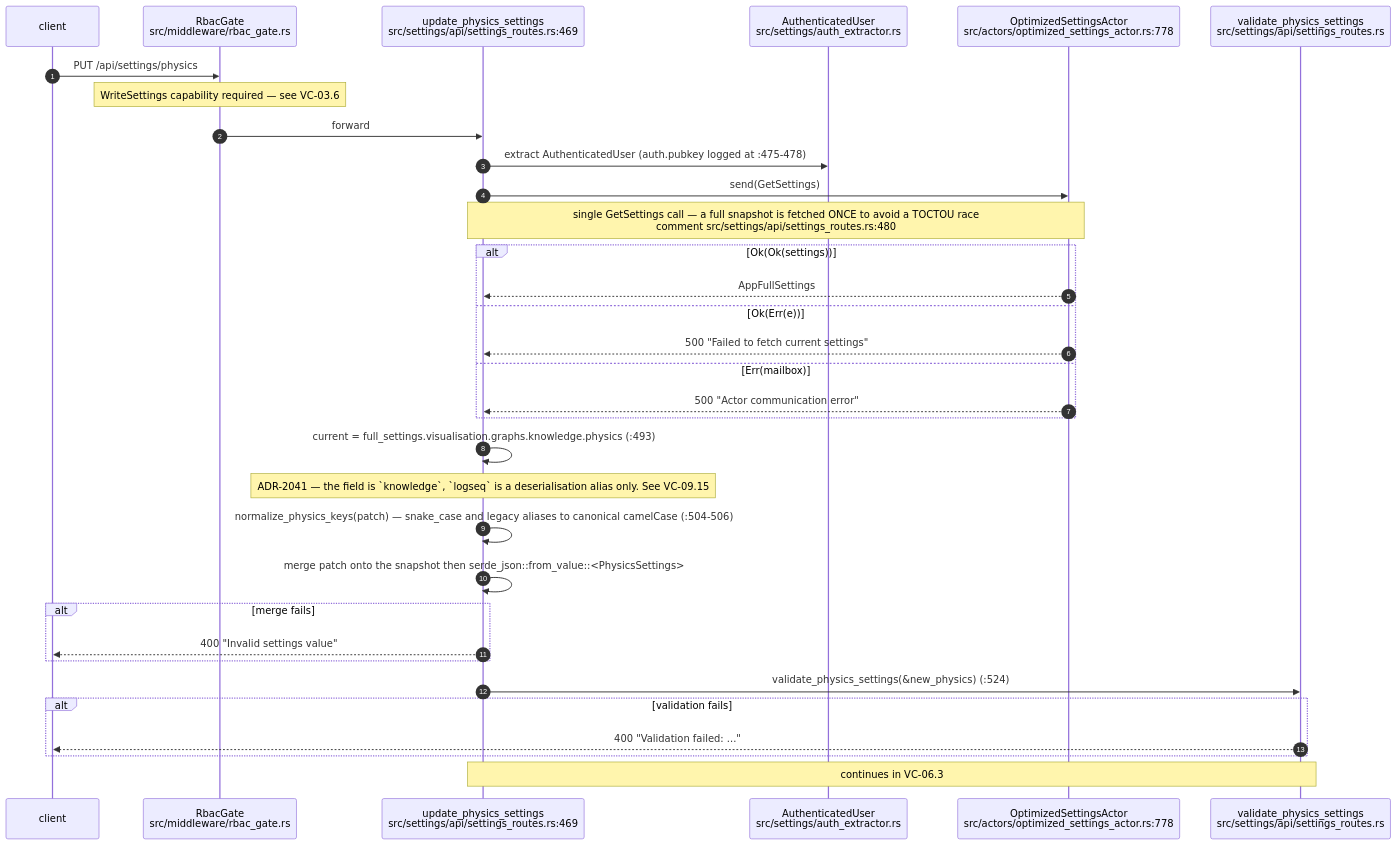
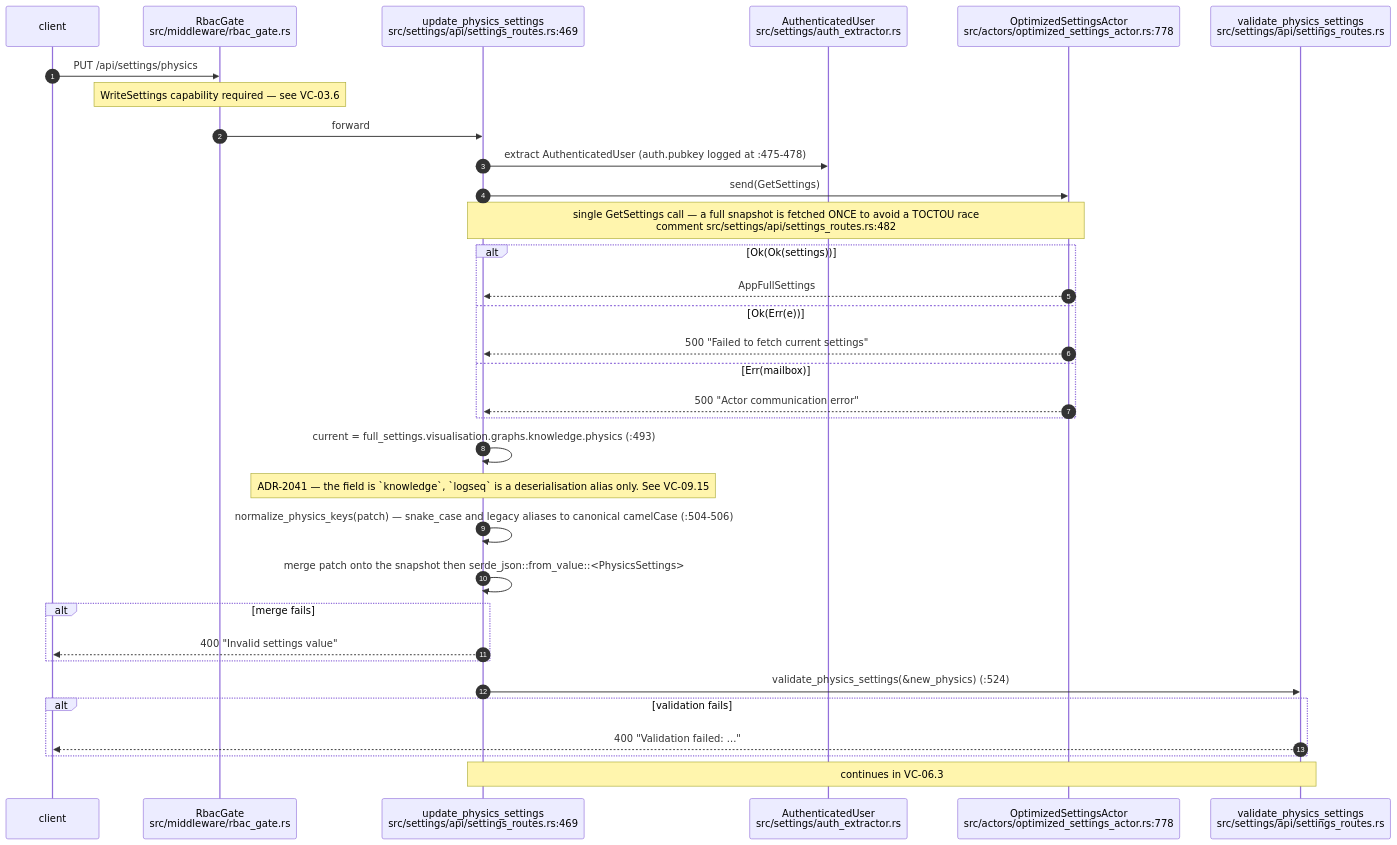
One commit to DreamLab-AI/AR-AI-Knowledge-Graph changed the second of 10 diagrams in docs/diagrams/visionclaw/06-settings-round-trip.md. Above: the diagram before and after it, drawn with Mermaid. The commit also changed other lines of this file and 73 other files, not shown here.

First line of the commit message:
docs(diagrams): re-verify all 71 topic files against HEAD; add --cite-check

````diff
--- a/docs/diagrams/visionclaw/06-settings-round-trip.md
+++ b/docs/diagrams/visionclaw/06-settings-round-trip.md
@@ -57,36 +57,36 @@
 ```mermaid
 sequenceDiagram
     autonumber
     participant CL as client
     participant RG as RbacGate<br/>src/middleware/rbac_gate.rs
     participant H as update_physics_settings<br/>src/settings/api/settings_routes.rs:469
     participant AU as AuthenticatedUser<br/>src/settings/auth_extractor.rs
     participant SA as OptimizedSettingsActor<br/>src/actors/optimized_settings_actor.rs:778
     participant VA as validate_physics_settings<br/>src/settings/api/settings_routes.rs
 
     CL->>RG: PUT /api/settings/physics
     Note over RG: WriteSettings capability required — see VC-03.6
     RG->>H: forward
     H->>AU: extract AuthenticatedUser (auth.pubkey logged at :475-478)
     H->>SA: send(GetSettings)
-    Note over H,SA: single GetSettings call — a full snapshot is fetched ONCE to avoid a TOCTOU race<br/>comment src/settings/api/settings_routes.rs:480
+    Note over H,SA: single GetSettings call — a full snapshot is fetched ONCE to avoid a TOCTOU race<br/>comment src/settings/api/settings_routes.rs:482
     alt Ok(Ok(settings))
         SA-->>H: AppFullSettings
     else Ok(Err(e))
         SA-->>H: 500 "Failed to fetch current settings"
     else Err(mailbox)
         SA-->>H: 500 "Actor communication error"
     end
     H->>H: current = full_settings.visualisation.graphs.knowledge.physics (:493)
     Note over H: ADR-2041 — the field is `knowledge`, `logseq` is a deserialisation alias only. See VC-09.15
     H->>H: normalize_physics_keys(patch) — snake_case and legacy aliases to canonical camelCase (:504-506)
     H->>H: merge patch onto the snapshot then serde_json::from_value::<PhysicsSettings>
     alt merge fails
         H-->>CL: 400 "Invalid settings value"
     end
     H->>VA: validate_physics_settings(&new_physics) (:524)
     alt validation fails
         VA-->>CL: 400 "Validation failed: ..."
     end
     Note over H,VA: continues in VC-06.3
 ```
````
